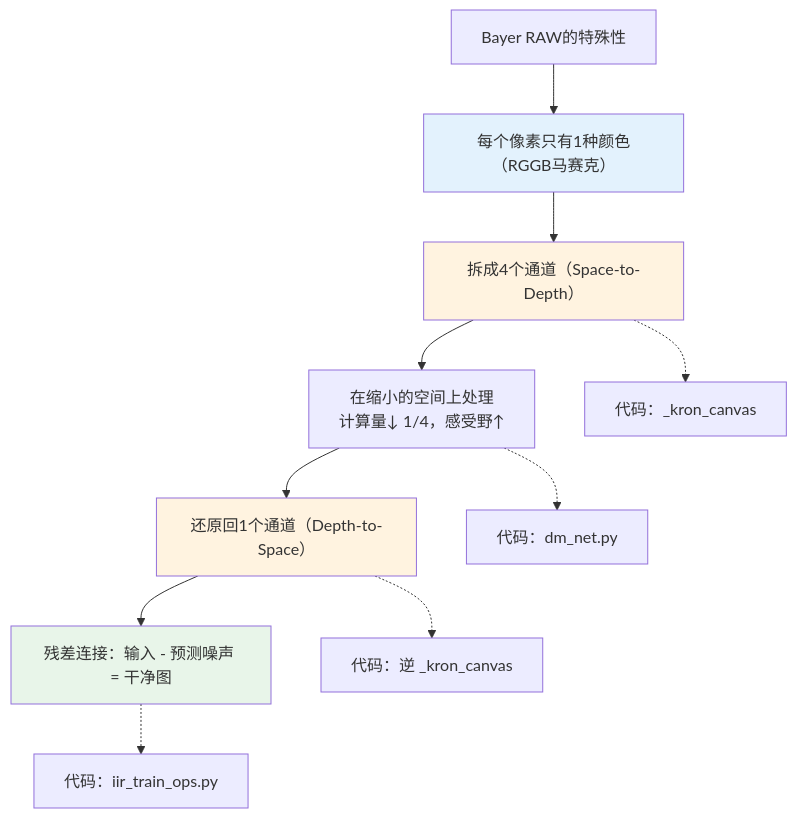
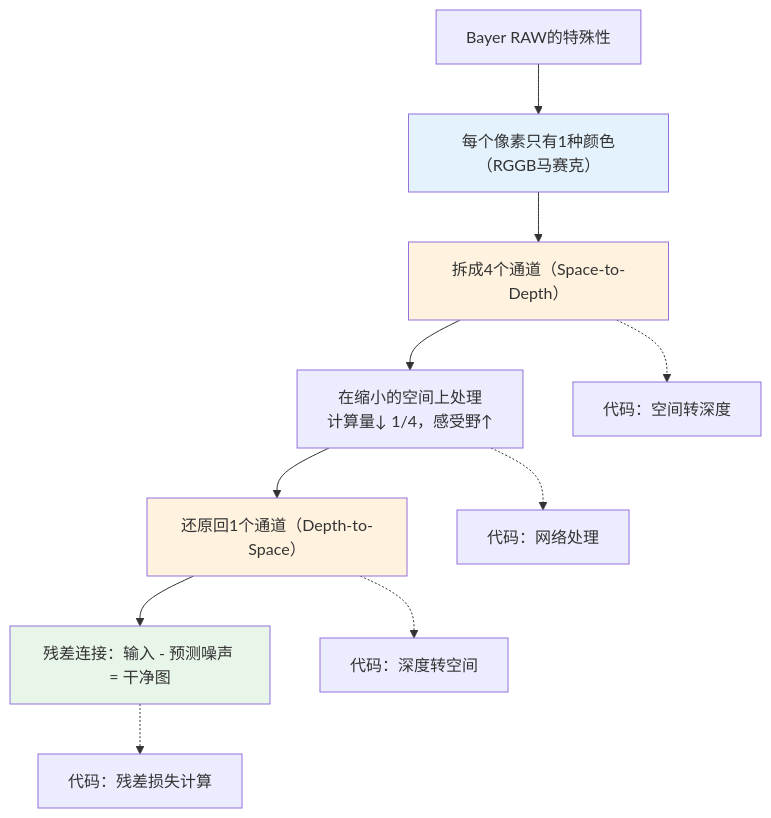
One commit to bluhuang/blogs-of-bluhuang changed the third of 3 diagrams in content/AI/4 深度学习/2.3 Bayer RAW图像的特殊处理.md. Above: the diagram before and after it, drawn with Mermaid. The commit also changed other lines of this file and 58 other files, not shown here.

````diff
--- a/content/AI/4 深度学习/2.3 Bayer RAW图像的特殊处理.md
+++ b/content/AI/4 深度学习/2.3 Bayer RAW图像的特殊处理.md
@@ -248,18 +248,18 @@
 ```mermaid
 flowchart TD
     A["Bayer RAW的特殊性"] --> B["每个像素只有1种颜色（RGGB马赛克）"]
     B --> C["拆成4个通道（Space-to-Depth）"]
     C --> D["在缩小的空间上处理<br/>计算量↓ 1/4，感受野↑"]
     D --> E["还原回1个通道（Depth-to-Space）"]
     E --> F["残差连接：输入 - 预测噪声 = 干净图"]
     
-    C -.-> G["代码：_kron_canvas"]
-    D -.-> H["代码：dm_net.py"]
-    E -.-> I["代码：逆 _kron_canvas"]
-    F -.-> J["代码：iir_train_ops.py"]
+    C -.-> G["代码：空间转深度"]
+    D -.-> H["代码：网络处理"]
+    E -.-> I["代码：深度转空间"]
+    F -.-> J["代码：残差损失计算"]
     
     style B fill:#e3f2fd
     style C fill:#fff3e0
     style E fill:#fff3e0
     style F fill:#e8f5e9
 ```
````
